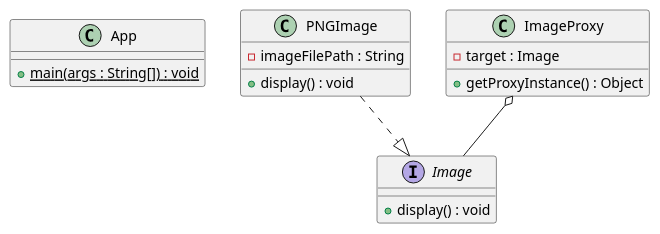
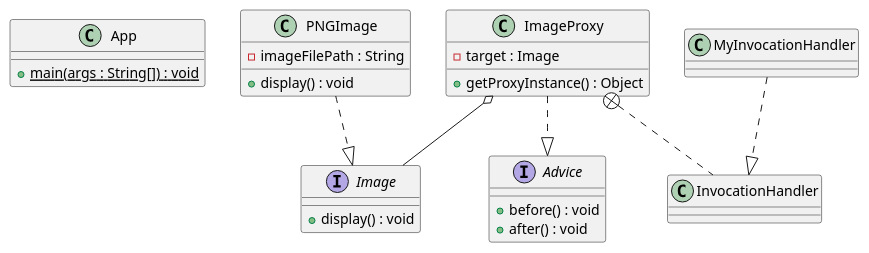
One commit to bsyonline/microlabs changed the diagram in design-pattern/src/main/java/com/rolex/microlabs/structural/proxy/dynamic/uml/dynamic_proxy.puml. Above: the diagram before and after it, drawn with PlantUML. The commit also changed 11 other files, not shown here.

```diff
--- a/design-pattern/src/main/java/com/rolex/microlabs/structural/proxy/dynamic/uml/dynamic_proxy.puml
+++ b/design-pattern/src/main/java/com/rolex/microlabs/structural/proxy/dynamic/uml/dynamic_proxy.puml
@@ -1,24 +1,32 @@
 @startuml
 
 class App {
     + main(args : String[]) {static} : void
 }
 
 interface Image {
     + display() : void
+}
+
+interface Advice {
+    + before() : void
+    + after() : void
 }
 
 class PNGImage {
     - imageFilePath : String
     + display() : void
 }
 
 class ImageProxy {
     - target : Image
     + getProxyInstance() : Object
 }
 
+ImageProxy +.. InvocationHandler
+MyInvocationHandler ..|> InvocationHandler
 ImageProxy o-- Image
+ImageProxy ..|> Advice
 PNGImage ..|> Image
 
 @enduml
```
